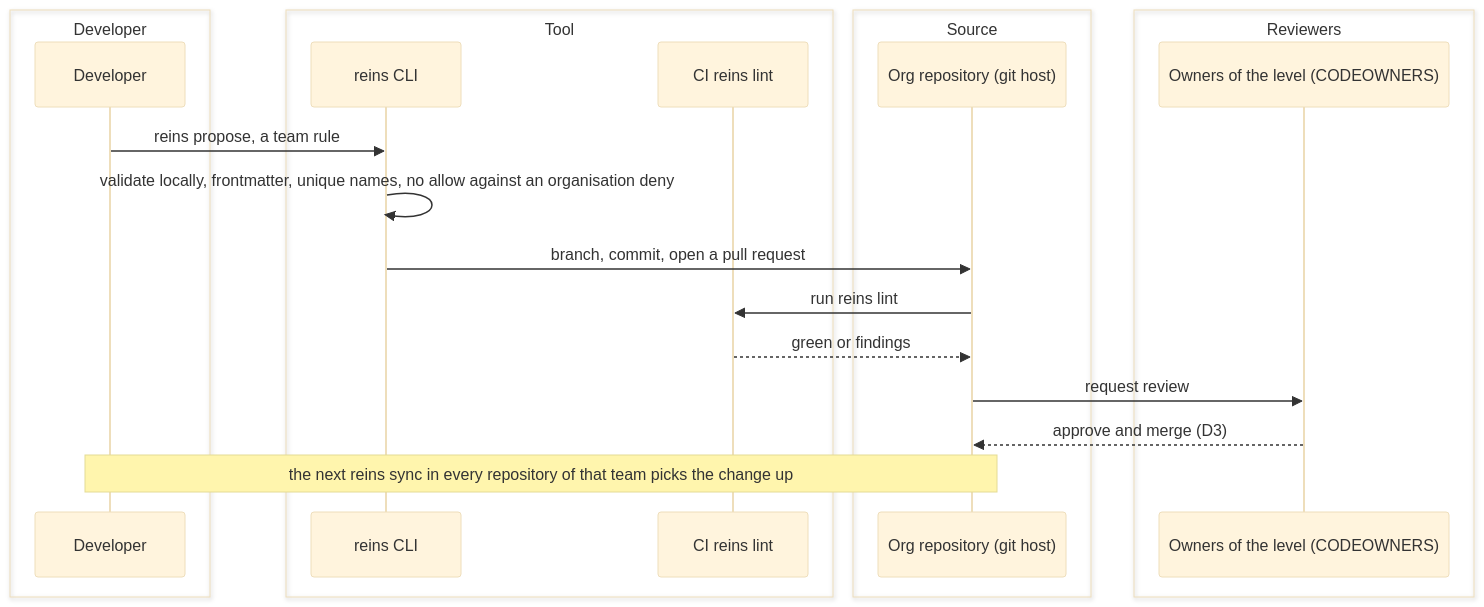
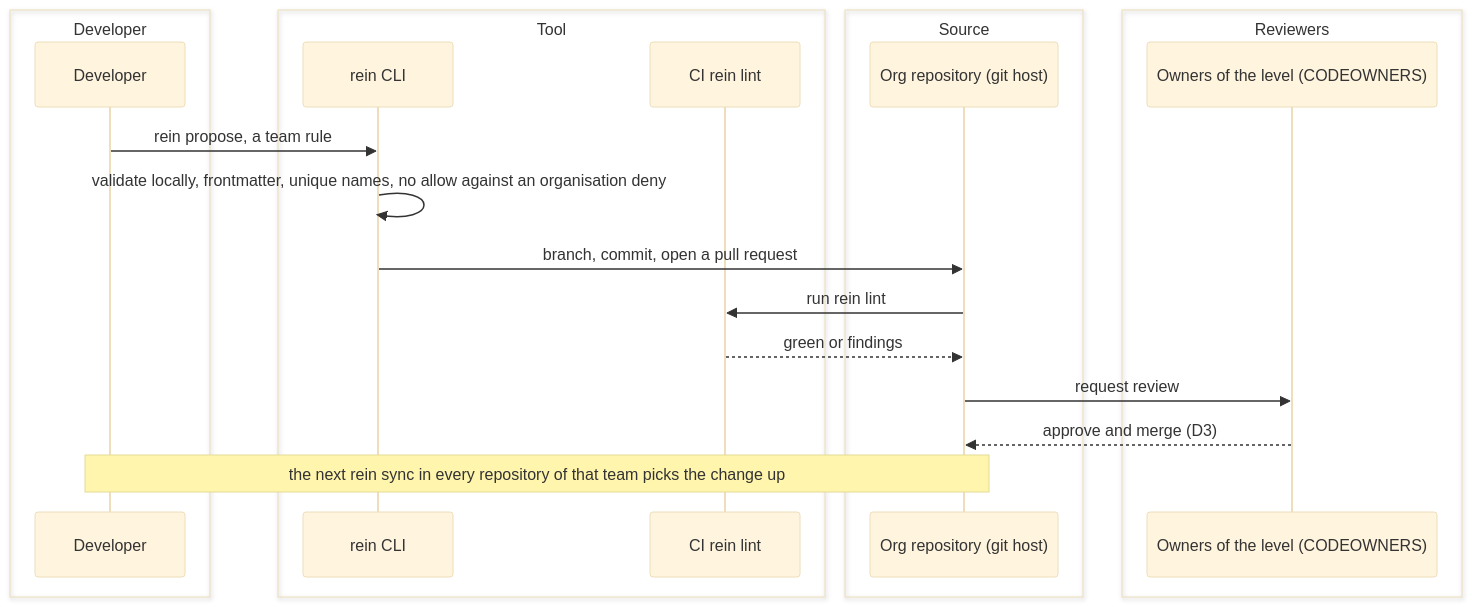
Before and after one commit to Danidani23/agents-rein: the fourth of 4 diagrams in docs/implementation_plans/2026-10-11_harness-distribution-tool.md, drawn with Mermaid (base theme). The commit also changed other lines of this file and 11 other files, not shown here.

````diff
--- a/docs/implementation_plans/2026-10-11_harness-distribution-tool.md
+++ b/docs/implementation_plans/2026-10-11_harness-distribution-tool.md
@@ -499,24 +502,24 @@
 ```mermaid
 sequenceDiagram
     box Developer
         participant D as Developer
     end
     box Tool
-        participant HS as reins CLI
-        participant CI as CI reins lint
+        participant HS as rein CLI
+        participant CI as CI rein lint
     end
     box Source
         participant SR as Org repository (git host)
     end
     box Reviewers
         participant RV as Owners of the level (CODEOWNERS)
     end
-    D->>HS: reins propose, a team rule
+    D->>HS: rein propose, a team rule
     HS->>HS: validate locally, frontmatter, unique names, no allow against an organisation deny
     HS->>SR: branch, commit, open a pull request
-    SR->>CI: run reins lint
+    SR->>CI: run rein lint
     CI-->>SR: green or findings
     SR->>RV: request review
     RV-->>SR: approve and merge (D3)
-    Note over SR,D: the next reins sync in every repository of that team picks the change up
+    Note over SR,D: the next rein sync in every repository of that team picks the change up
 ```
````
